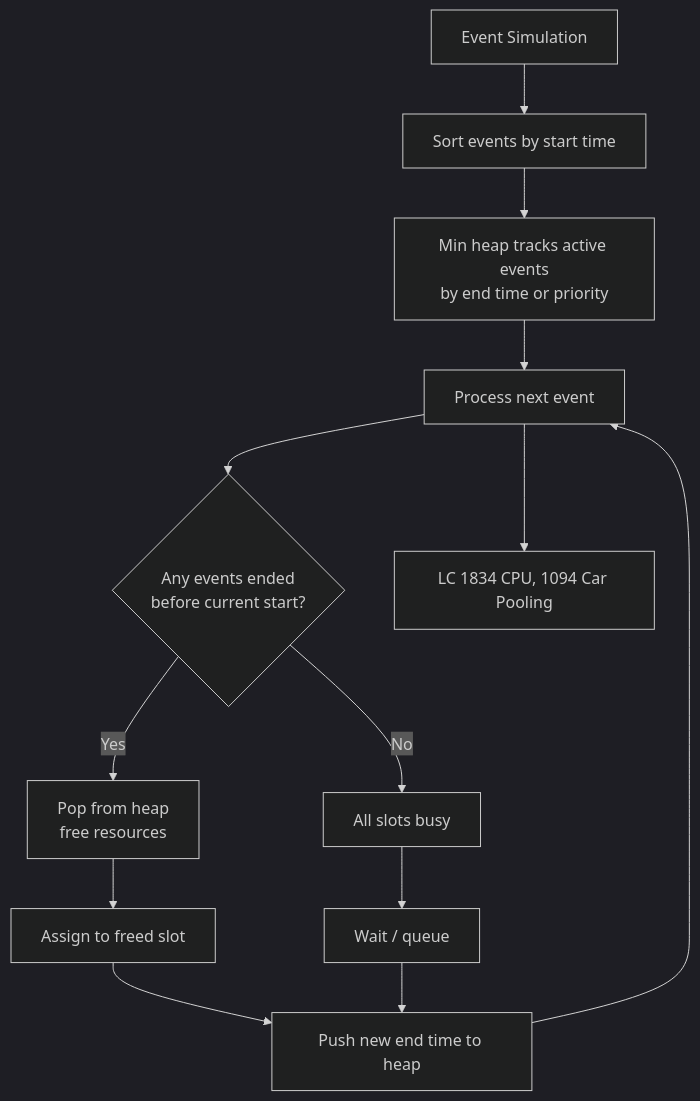
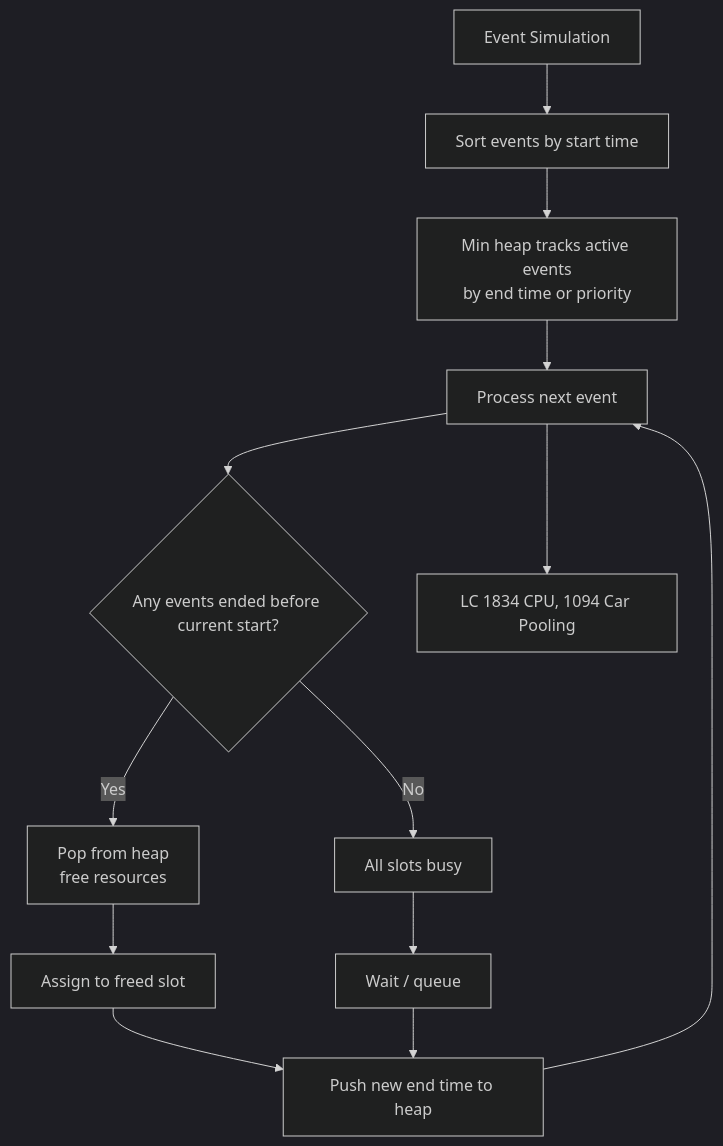
Before and after one commit to deepanshu-rawat6/AlgoAtlas: the sixth of 7 diagrams in heap/README.md, drawn with Mermaid (dark theme). The commit also changed other lines of this file and 43 other files, not shown here.

````diff
--- a/heap/README.md
+++ b/heap/README.md
@@ -110,15 +110,15 @@
 ```mermaid
 flowchart TD
     A[Event Simulation] --> B[Sort events by start time]
     B --> C[Min heap tracks active events<br>by end time or priority]
     C --> D[Process next event]
-    D --> E{Any events ended<br>before current start?}
+    D --> E{"Any events ended before current start?"}
     E -- Yes --> F[Pop from heap<br>free resources]
     E -- No --> G[All slots busy]
     F --> H[Assign to freed slot]
     G --> I[Wait / queue]
     H --> J[Push new end time to heap]
     I --> J
     J --> D
     D --> K[LC 1834 CPU, 1094 Car Pooling]
 ```
````
